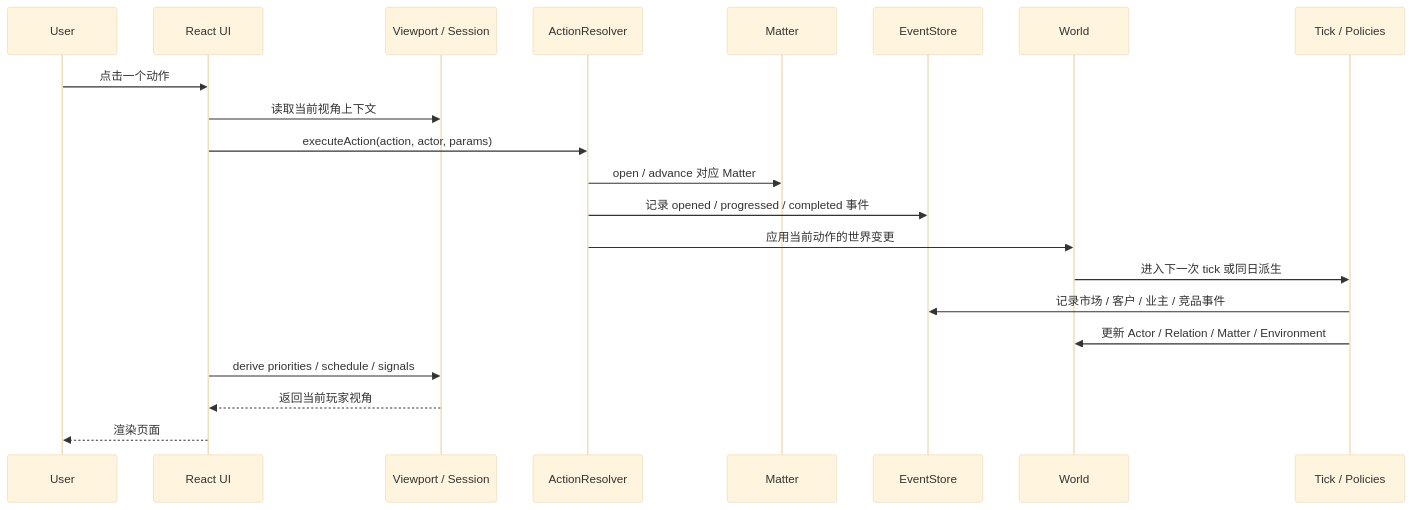
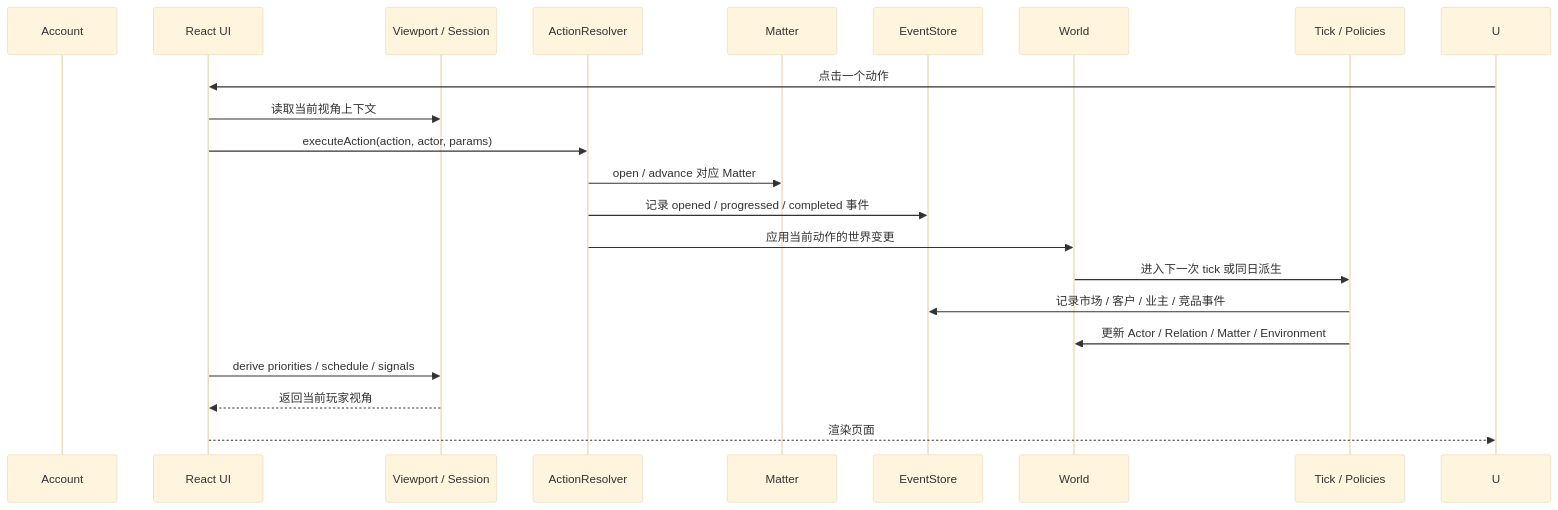
The second of 7 diagrams in docs/selling-houses-architecture-diagrams.md (jiaqi015/KeGame-hub), drawn with Mermaid (base theme) before and after one commit. The commit also changed other lines of this file and 99 other files, not shown here.

````diff
--- a/docs/selling-houses-architecture-diagrams.md
+++ b/docs/selling-houses-architecture-diagrams.md
@@ -133,24 +139,24 @@
 ```mermaid
 sequenceDiagram
-  participant U as User
+  participant A as Account
   participant UI as React UI
   participant V as Viewport / Session
   participant R as ActionResolver
   participant M as Matter
   participant E as EventStore
   participant W as World
   participant T as Tick / Policies
 
   U->>UI: 点击一个动作
   UI->>V: 读取当前视角上下文
   UI->>R: executeAction(action, actor, params)
   R->>M: open / advance 对应 Matter
   R->>E: 记录 opened / progressed / completed 事件
   R->>W: 应用当前动作的世界变更
   W->>T: 进入下一次 tick 或同日派生
   T->>E: 记录市场 / 客户 / 业主 / 竞品事件
   T->>W: 更新 Actor / Relation / Matter / Environment
   UI->>V: derive priorities / schedule / signals
   V-->>UI: 返回当前玩家视角
   UI-->>U: 渲染页面
 ```
````
